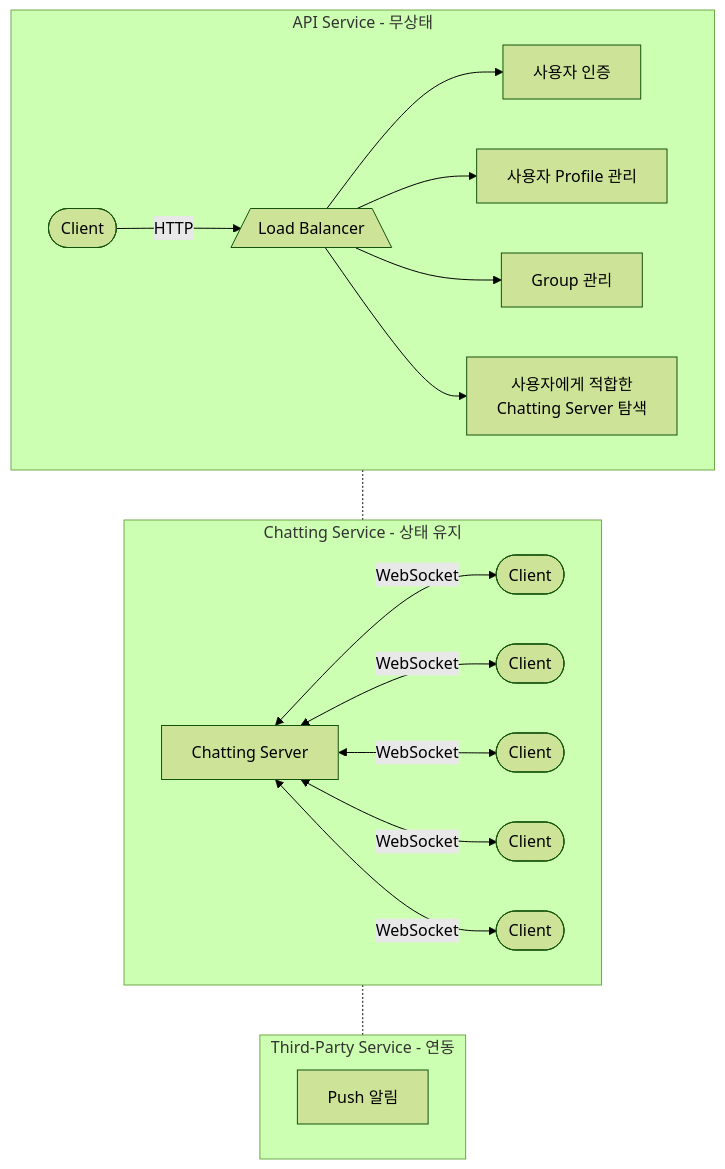
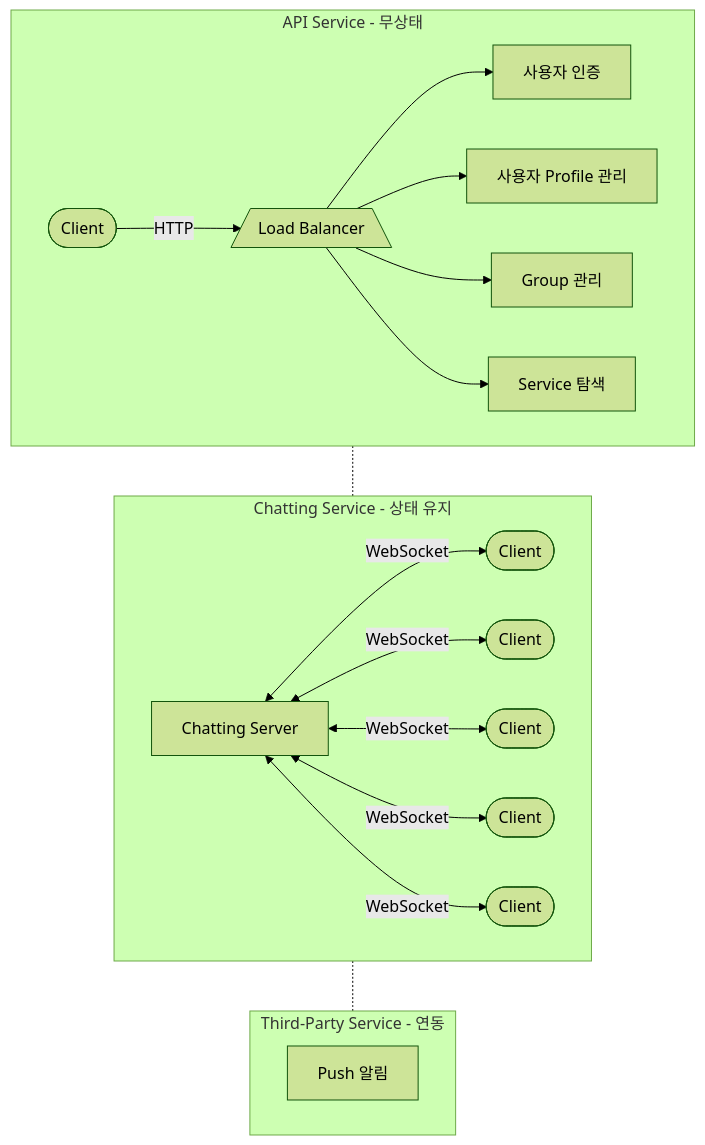
Before and after one commit to choesimin/choesimin.github.io: the first of 9 diagrams in _skills/system-design/chatting.md, drawn with Mermaid (forest theme). The commit also changed 1 other file, not shown here.

````diff
--- a/_skills/system-design/chatting.md
+++ b/_skills/system-design/chatting.md
@@ -26,39 +26,39 @@
 ```mermaid
 flowchart TD
 
 stateless -.- stateful -.- third_party
 
 subgraph stateless[API Service - 무상태]
     client([Client])
     lb[/Load Balancer\]
     auth[사용자 인증]
     user[사용자 Profile 관리]
     group[Group 관리]
-    discovery[사용자에게 적합한\nChatting Server 탐색]
+    discovery[Service 탐색]
 
     client -->|HTTP| lb
     lb --> auth
     lb --> user
     lb --> group
     lb --> discovery
 end
 
 subgraph stateful[Chatting Service - 상태 유지]
     chatting[Chatting Server]
     client_1([Client])
     client_2([Client])
     client_3([Client])
     client_4([Client])
     client_5([Client])
 
     chatting <-->|WebSocket| client_1
     chatting <-->|WebSocket| client_2
     chatting <-->|WebSocket| client_3
     chatting <-->|WebSocket| client_4
     chatting <-->|WebSocket| client_5
 end
 
 subgraph third_party[Third-Party Service - 연동]
     push[Push 알림]
 end
 ```
````
